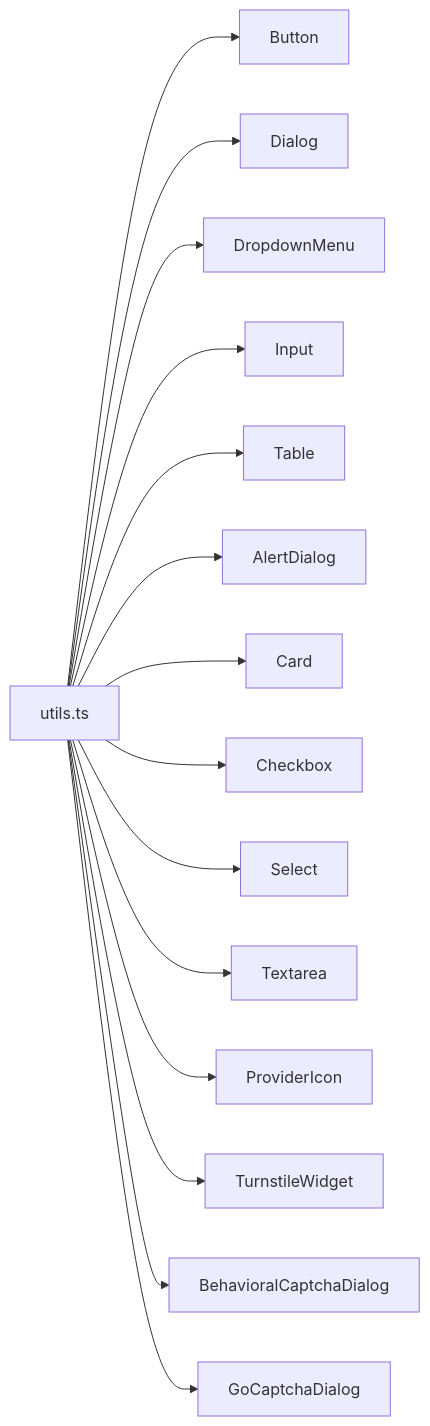
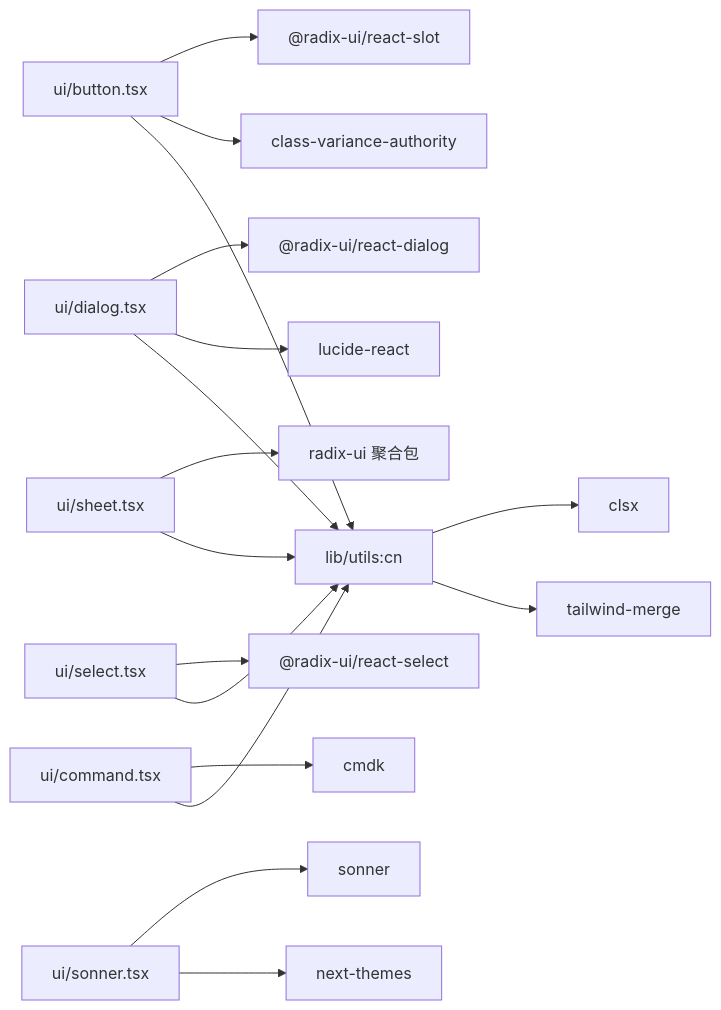
The third of 4 diagrams in docs/前端开发指南/UI组件库.md (x01n/dnsplane), drawn with Mermaid before and after one commit. The commit also changed other lines of this file and 326 other files, not shown here.

````diff
--- a/docs/前端开发指南/UI组件库.md
+++ b/docs/前端开发指南/UI组件库.md
@@ -514,17 +450,19 @@
 ```mermaid
 graph LR
-Utils["utils.ts"] --> Btn["Button"]
-Utils --> Dlg["Dialog"]
-Utils --> Drop["DropdownMenu"]
-Utils --> Inp["Input"]
-Utils --> Tbl["Table"]
-Utils --> ADlg["AlertDialog"]
-Utils --> Card["Card"]
-Utils --> Chk["Checkbox"]
-Utils --> Sel["Select"]
-Utils --> Txt["Textarea"]
-Utils --> Prov["ProviderIcon"]
-Utils --> Turn["TurnstileWidget"]
-Utils --> Cap["BehavioralCaptchaDialog"]
-Utils --> GoCap["GoCaptchaDialog"]
+Button["ui/button.tsx"] --> Slot["@radix-ui/react-slot"]
+Button --> Cva["class-variance-authority"]
+Button --> Utils["lib/utils:cn"]
+Dialog["ui/dialog.tsx"] --> RDialog["@radix-ui/react-dialog"]
+Dialog --> Lucide["lucide-react"]
+Dialog --> Utils
+Sheet["ui/sheet.tsx"] --> RAgg["radix-ui 聚合包"]
+Sheet --> Utils
+Select["ui/select.tsx"] --> RSelect["@radix-ui/react-select"]
+Select --> Utils
+Command["ui/command.tsx"] --> Cmdk["cmdk"]
+Command --> Utils
+Sonner["ui/sonner.tsx"] --> Sonner2["sonner"]
+Sonner --> NT["next-themes"]
+Utils --> Clsx["clsx"]
+Utils --> TWM["tailwind-merge"]
 ```
````
